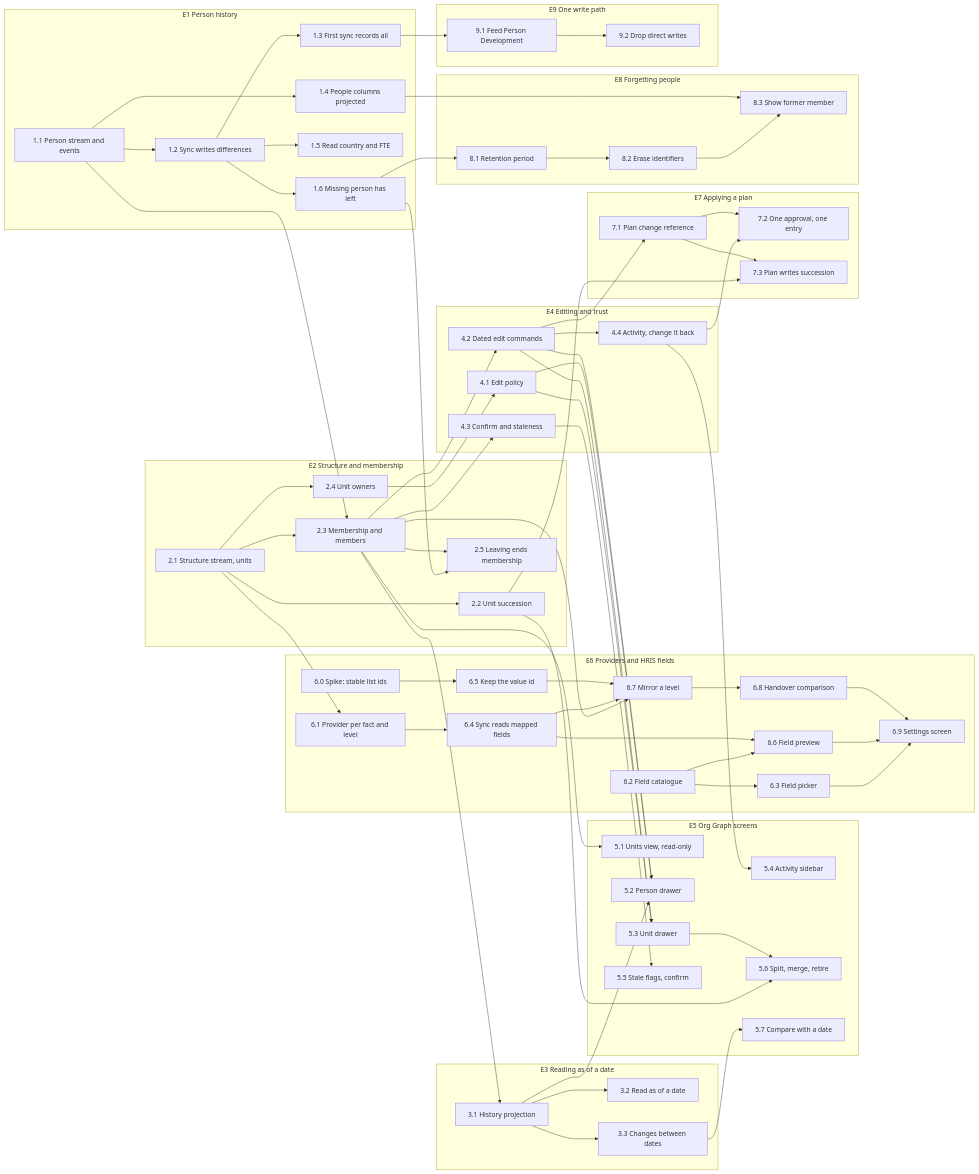
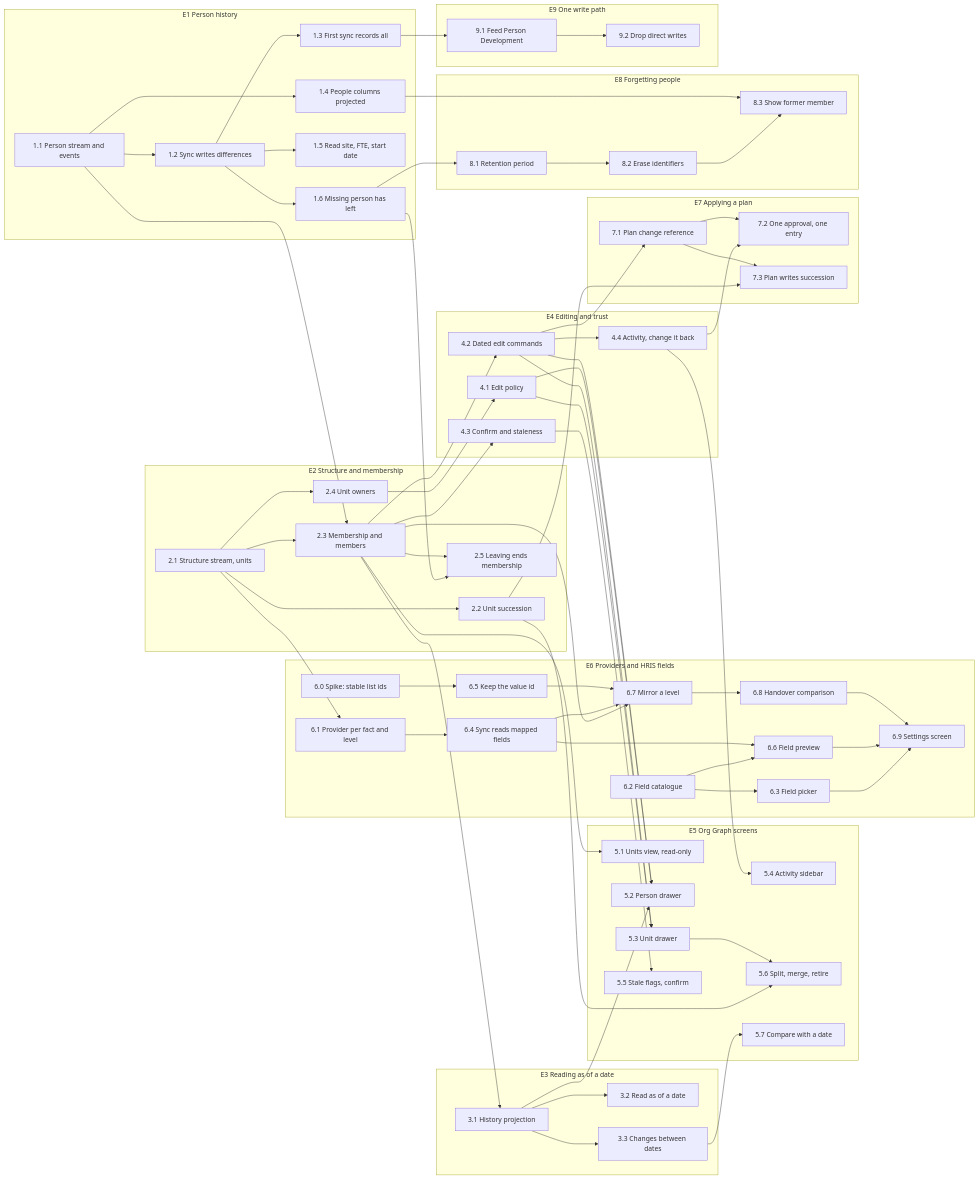
Before and after one commit to espaliahq/espalia: the diagram in docs/team-planning/org-graph-plan.md, drawn with Mermaid. The commit also changed other lines of this file and 3 other files, not shown here.

```diff
--- a/docs/team-planning/org-graph-plan.md
+++ b/docs/team-planning/org-graph-plan.md
@@ -38,7 +38,7 @@
     s12[1.2 Sync writes differences]
     s13[1.3 First sync records all]
     s14[1.4 People columns projected]
-    s15[1.5 Read country and FTE]
+    s15[1.5 Read site, FTE, start date]
     s16[1.6 Missing person has left]
   end
   subgraph E2[E2 Structure and membership]
```
